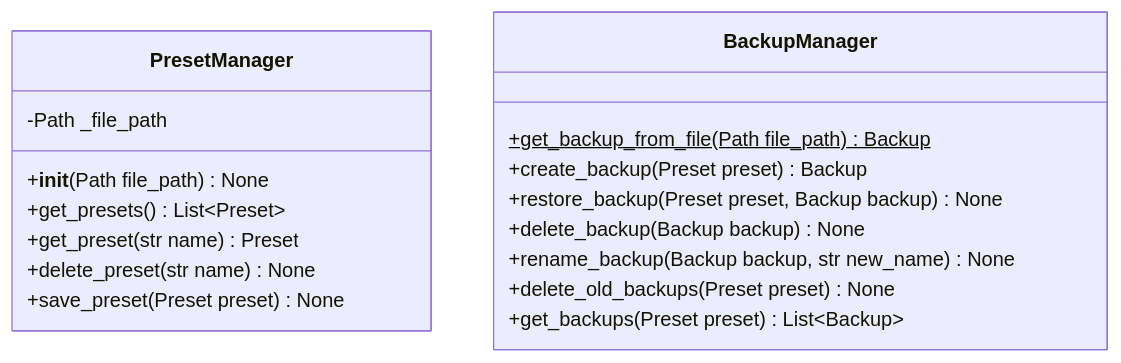
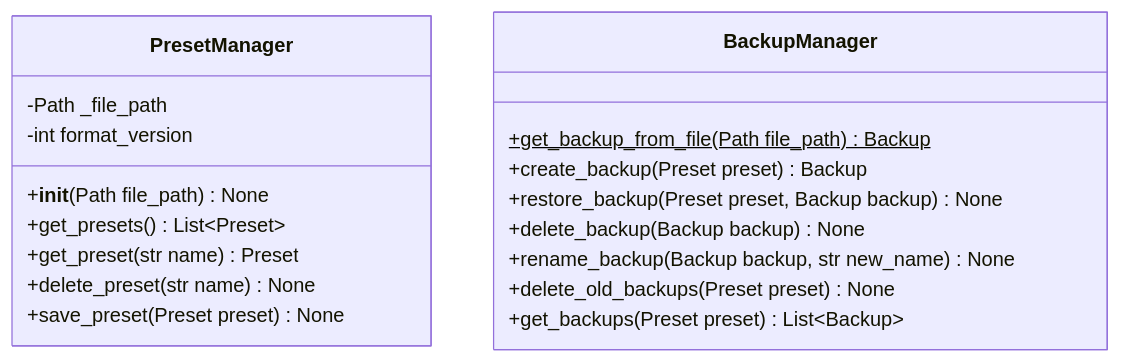
Before and after one commit to InValidFire/box: the first of 4 diagrams in README.md, drawn with Mermaid. The commit also changed other lines of this file and 11 other files, not shown here.

````diff
--- a/README.md
+++ b/README.md
@@ -128,20 +64,21 @@
 ```mermaid
 classDiagram
 	class PresetManager {
 		-Path _file_path
+		-int format_version
 		+__init__(Path file_path) None
 		+get_presets() List~Preset~
 		+get_preset(str name) Preset
 		+delete_preset(str name) None
 		+save_preset(Preset preset) None
 	}
 	class BackupManager {
 		+get_backup_from_file(Path file_path)$ Backup
 		+create_backup(Preset preset) Backup
 		+restore_backup(Preset preset, Backup backup) None
 		+delete_backup(Backup backup) None
 		+rename_backup(Backup backup, str new_name) None
 		+delete_old_backups(Preset preset) None
 		+get_backups(Preset preset) List~Backup~
 	}
 ```
````
